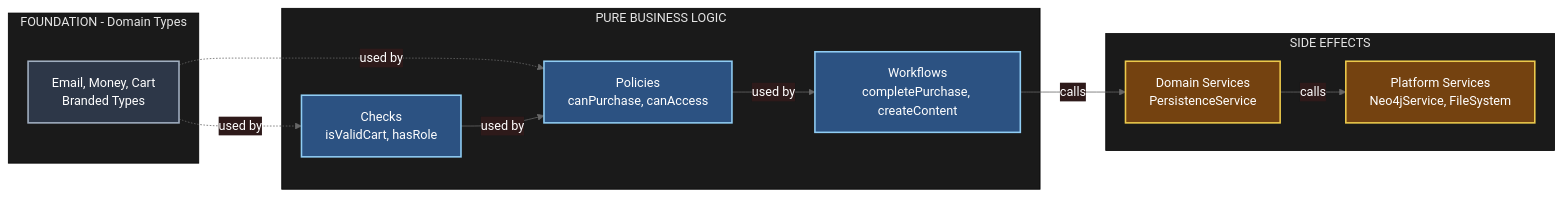
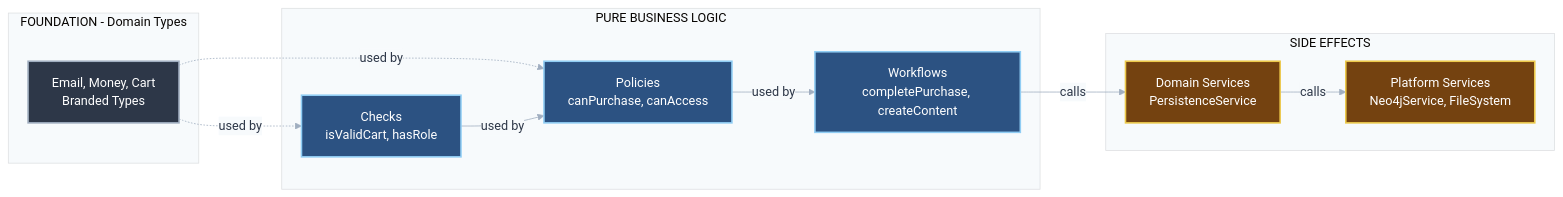
The diagram in README.md (eatthoselemons/effect-template), drawn with Mermaid before and after one commit.

Commit message:
diagram improvements

````diff
--- a/README.md
+++ b/README.md
@@ -44,33 +44,33 @@
 ```mermaid
-%%{init: {'theme':'base', 'themeVariables': {'primaryColor':'#1a1a2e','primaryTextColor':'#fff','primaryBorderColor':'#4ecca3','lineColor':'#666','secondaryColor':'#2e1a1a','tertiaryColor':'#1a1a1a'}}}%%
+%%{init: {'theme':'base', 'themeVariables': {'primaryColor':'#f7fafc','primaryTextColor':'#2d3748','primaryBorderColor':'#cbd5e0','lineColor':'#a0aec0','secondaryColor':'#f7fafc','tertiaryColor':'#f7fafc'}}}%%
 flowchart LR
     subgraph DT[" FOUNDATION - Domain Types "]
         DT1[Email, Money, Cart<br/>Branded Types]
     end
     
     subgraph BL[" PURE BUSINESS LOGIC "]
         C[Checks<br/>isValidCart, hasRole]
         P[Policies<br/>canPurchase, canAccess]
         W[Workflows<br/>completePurchase, createContent]
     end
     
     subgraph SYS[" SIDE EFFECTS "]
         DS[Domain Services<br/>PersistenceService]
         PS[Platform Services<br/>Neo4jService, FileSystem]
     end
     
     DT1 -.->|used by| C
     DT1 -.->|used by| P
     C -->|used by| P
     P -->|used by| W
     W -->|calls| DS
     DS -->|calls| PS
     
     classDef foundation fill:#2d3748,stroke:#a0aec0,color:#fff,stroke-width:2px
     classDef pure fill:#2c5282,stroke:#90cdf4,color:#fff,stroke-width:2px
     classDef effects fill:#744210,stroke:#ecc94b,color:#fff,stroke-width:2px
     
     class DT1 foundation
     class C,P,W pure
     class DS,PS effects
 ```
````
